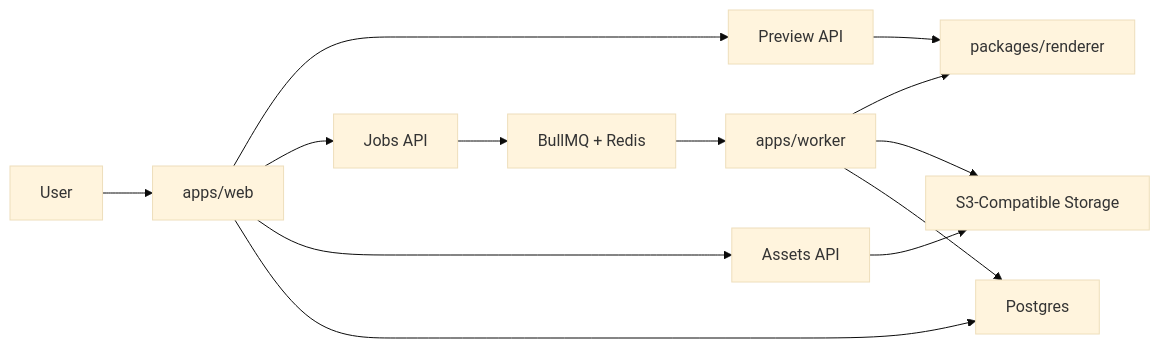
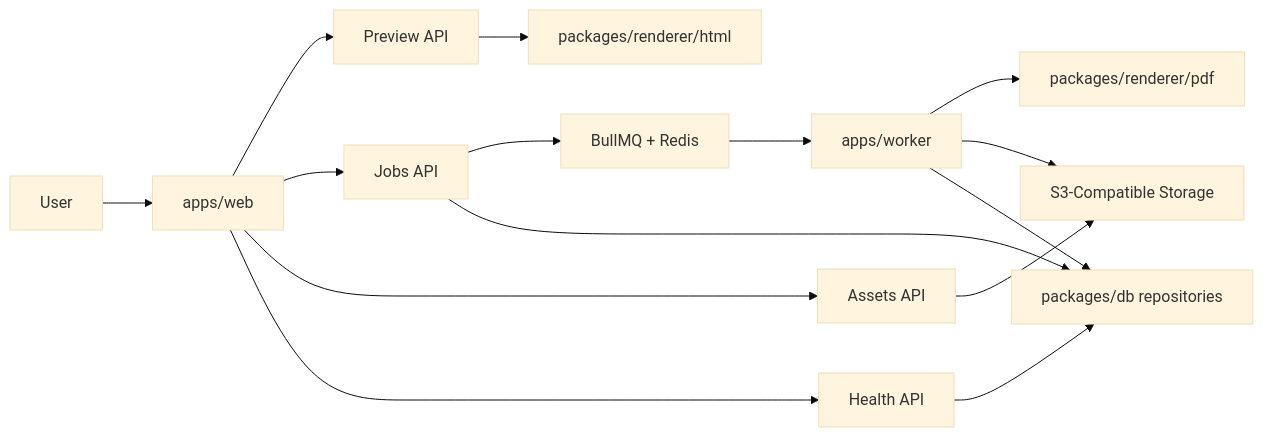
The diagram in README.md (armaanx/md2pdf), drawn with Mermaid (base theme) before and after one commit. The commit also changed other lines of this file and 18 other files, not shown here.

Commit message:
docs: update setup and architecture guides

````diff
--- a/README.md
+++ b/README.md
@@ -52,17 +55,19 @@
 ```mermaid
 flowchart LR
   User["User"] --> Web["apps/web"]
   Web --> Preview["Preview API"]
   Web --> Jobs["Jobs API"]
   Web --> Assets["Assets API"]
+  Web --> Health["Health API"]
 
-  Preview --> Renderer["packages/renderer"]
+  Preview --> HtmlRenderer["packages/renderer/html"]
   Jobs --> Queue["BullMQ + Redis"]
+  Jobs --> Repos["packages/db repositories"]
   Assets --> Storage["S3-Compatible Storage"]
-  Web --> DB["Postgres"]
+  Health --> Repos
 
   Queue --> Worker["apps/worker"]
-  Worker --> Renderer
+  Worker --> PdfRenderer["packages/renderer/pdf"]
   Worker --> Storage
-  Worker --> DB
+  Worker --> Repos
 ```
````
